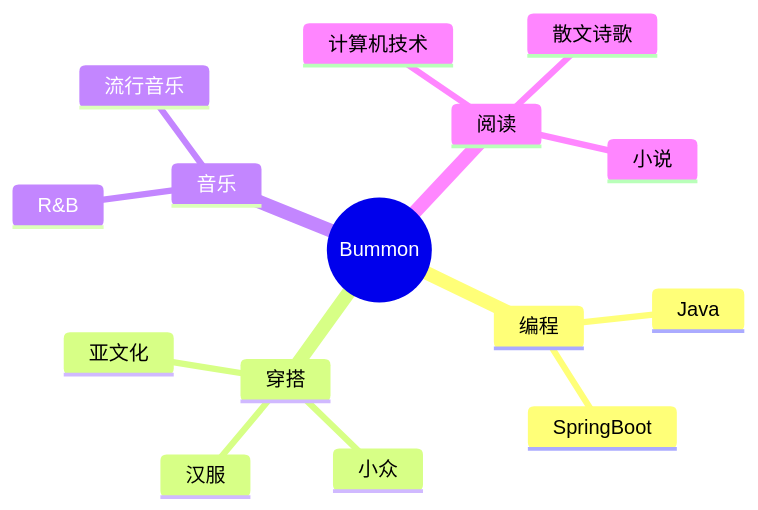
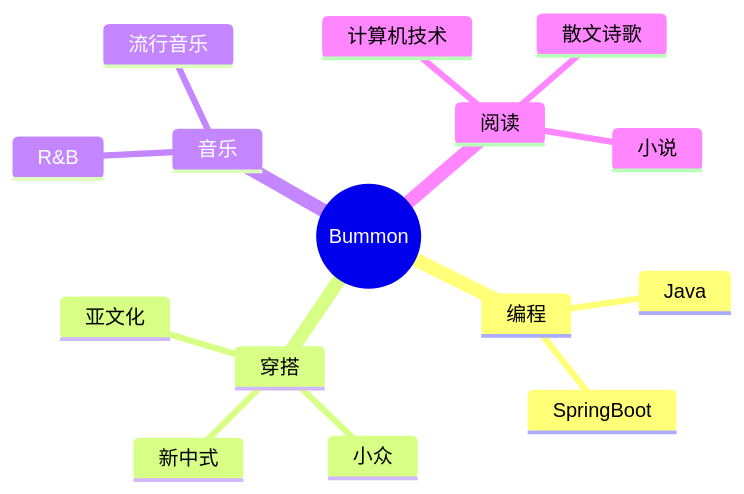
Before and after one commit to Bummon/Bummon: the diagram in README.md, drawn with Mermaid.

````diff
--- a/README.md
+++ b/README.md
@@ -209,19 +209,19 @@
 ```mermaid
 mindmap
   root((Bummon))
     编程
       Java
       SpringBoot
     穿搭
       亚文化
       小众
-      汉服
+      新中式
     音乐
       R&B
       流行音乐
     阅读
       计算机技术
       散文诗歌
       小说
       
 ```
````
